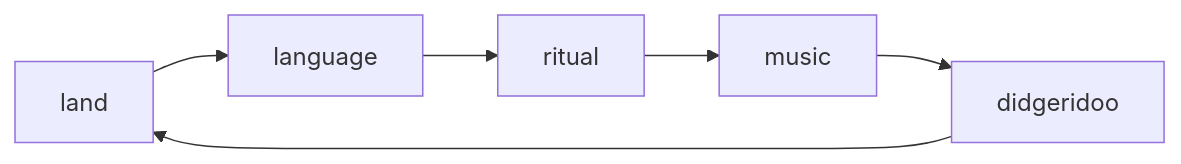
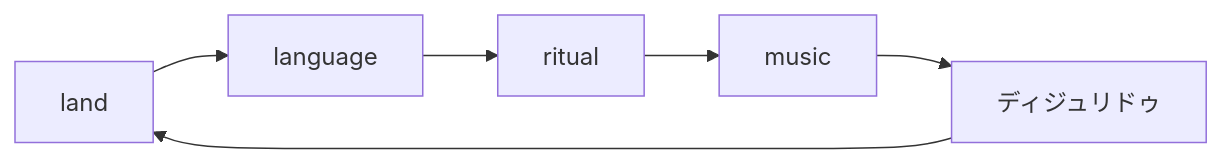
The second of 2 diagrams in en/_posts/2026-01-16-column-didgeridoo-sound.md (monumental-movement/monumental-movement.github.io), drawn with Mermaid before and after one commit. The commit also changed other lines of this file and 443 other files, not shown here.

```diff
--- a/en/_posts/2026-01-16-column-didgeridoo-sound.md
+++ b/en/_posts/2026-01-16-column-didgeridoo-sound.md
@@ -155,8 +155,8 @@
 <div class="mermaid">
 flowchart LR
     Land[land] --> Language[language]
     Language --> Ritual[ritual]
     Ritual --> Music[music]
-    Music --> Instrument[didgeridoo]
+    Music --> Instrument[ディジュリドゥ]
     Instrument --> Land
 </div>
```
